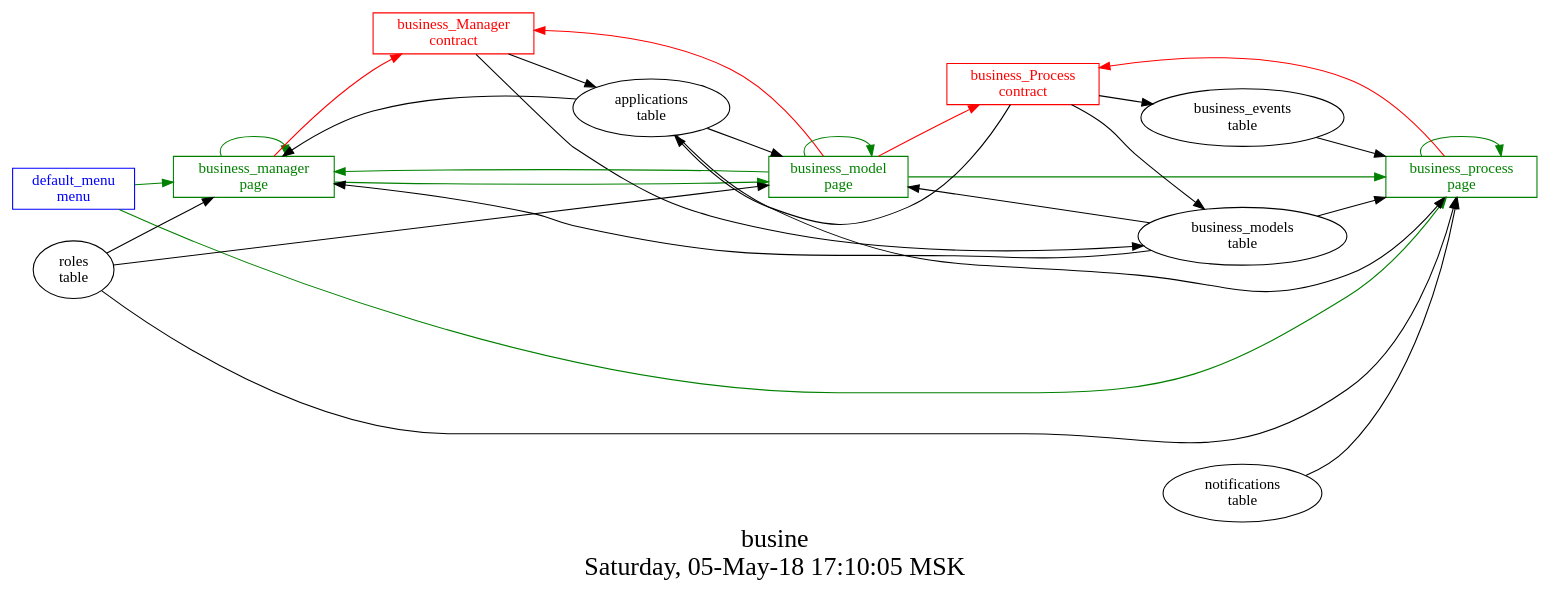
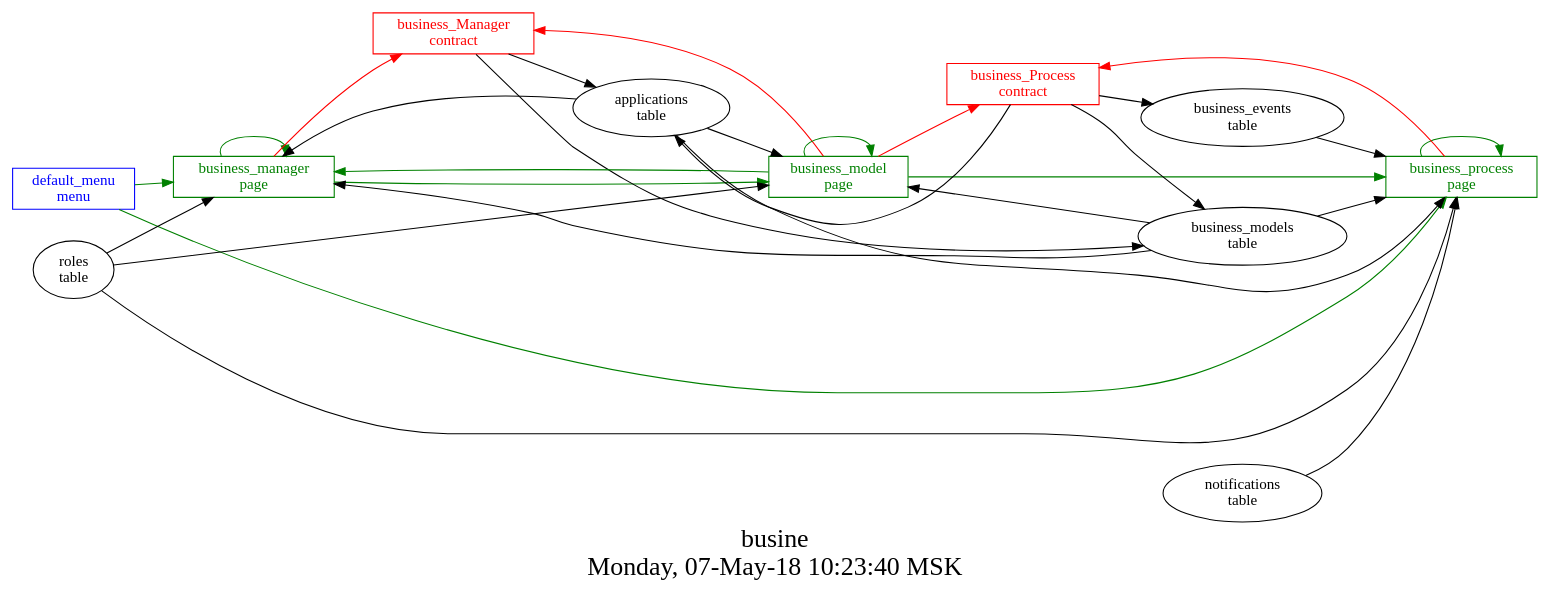
Before and after one commit to AplaProject/apps: the diagram in src/business/struct.dot, drawn with Graphviz. The commit also changed 2 other files, not shown here.

```diff
--- a/src/business/struct.dot
+++ b/src/business/struct.dot
@@ -1,46 +1,46 @@
 digraph G {
 graph [
   fontsize="24";
-  label="busine\nSaturday, 05-May-18 17:10:05 MSK";
+  label="busine\nMonday, 07-May-18 10:23:40 MSK";
   nojustify=true;
   ordering=out;
   rankdir=LR;
   size="30";
 ];
 "default_menu\nmenu" -> "business_manager\npage"  [ color=green ]
 "default_menu\nmenu" -> "business_process\npage"  [ color=green ]
 "default_menu\nmenu" [color=blue, fontcolor=blue, group=menus, shape=record];
 "business_manager\npage" -> "business_Manager\ncontract"  [ color=red ]
 "applications\ntable" -> "business_manager\npage"  [ color="" ]
 "roles\ntable" -> "business_manager\npage"  [ color="" ]
 "business_models\ntable" -> "business_manager\npage"  [ color="" ]
 "business_manager\npage" -> "business_model\npage"  [ color=green ]
 "business_manager\npage" -> "business_manager\npage"  [ color=green ]
 "business_manager\npage" [color=green, fontcolor=green, group=pages, shape=record];
 "business_model\npage" -> "business_Process\ncontract"  [ color=red ]
 "business_model\npage" -> "business_Manager\ncontract"  [ color=red ]
 "applications\ntable" -> "business_model\npage"  [ color="" ]
 "business_models\ntable" -> "business_model\npage"  [ color="" ]
 "roles\ntable" -> "business_model\npage"  [ color="" ]
 "business_model\npage" -> "business_manager\npage"  [ color=green ]
 "business_model\npage" -> "business_process\npage"  [ color=green ]
 "business_model\npage" -> "business_model\npage"  [ color=green ]
 "business_model\npage" [color=green, fontcolor=green, group=pages, shape=record];
 "business_process\npage" -> "business_Process\ncontract"  [ color=red ]
 "applications\ntable" -> "business_process\npage"  [ color="" ]
 "notifications\ntable" -> "business_process\npage"  [ color="" ]
 "business_models\ntable" -> "business_process\npage"  [ color="" ]
 "roles\ntable" -> "business_process\npage"  [ color="" ]
 "business_events\ntable" -> "business_process\npage"  [ color="" ]
 "business_process\npage" -> "business_process\npage"  [ color=green ]
 "business_process\npage" [color=green, fontcolor=green, group=pages, shape=record];
 "business_Manager\ncontract" -> "applications\ntable"  [ color="" ]
 "business_Manager\ncontract" -> "business_models\ntable"  [ color="" ]
 "business_Manager\ncontract" [color=red, fontcolor=red, group=contracts, shape=record];
 "business_Process\ncontract" -> "applications\ntable"  [ color="" ]
 "business_Process\ncontract" -> "business_events\ntable"  [ color="" ]
 "business_Process\ncontract" -> "business_models\ntable"  [ color="" ]
 "business_Process\ncontract" [color=red, fontcolor=red, group=contracts, shape=record];
 "business_events\ntable" [color="", fontcolor="", group=tables, shape=""];
 "business_models\ntable" [color="", fontcolor="", group=tables, shape=""];
 }
```
